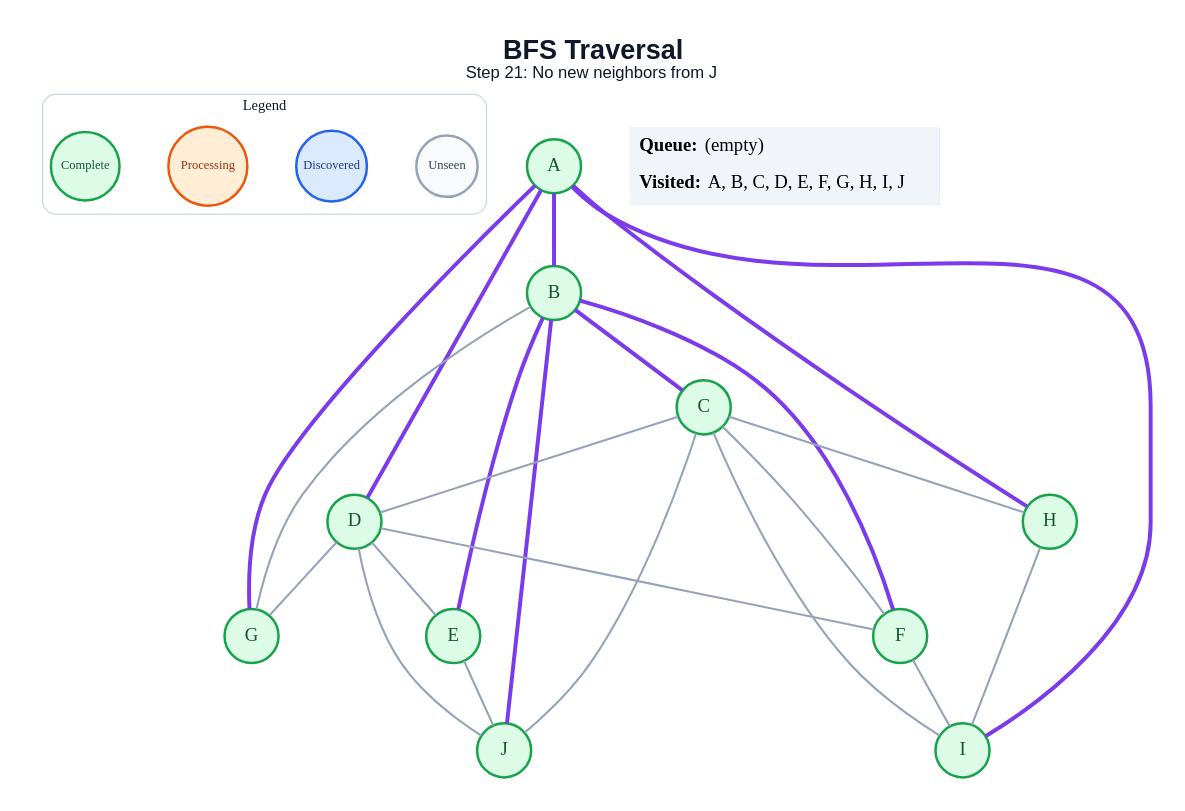
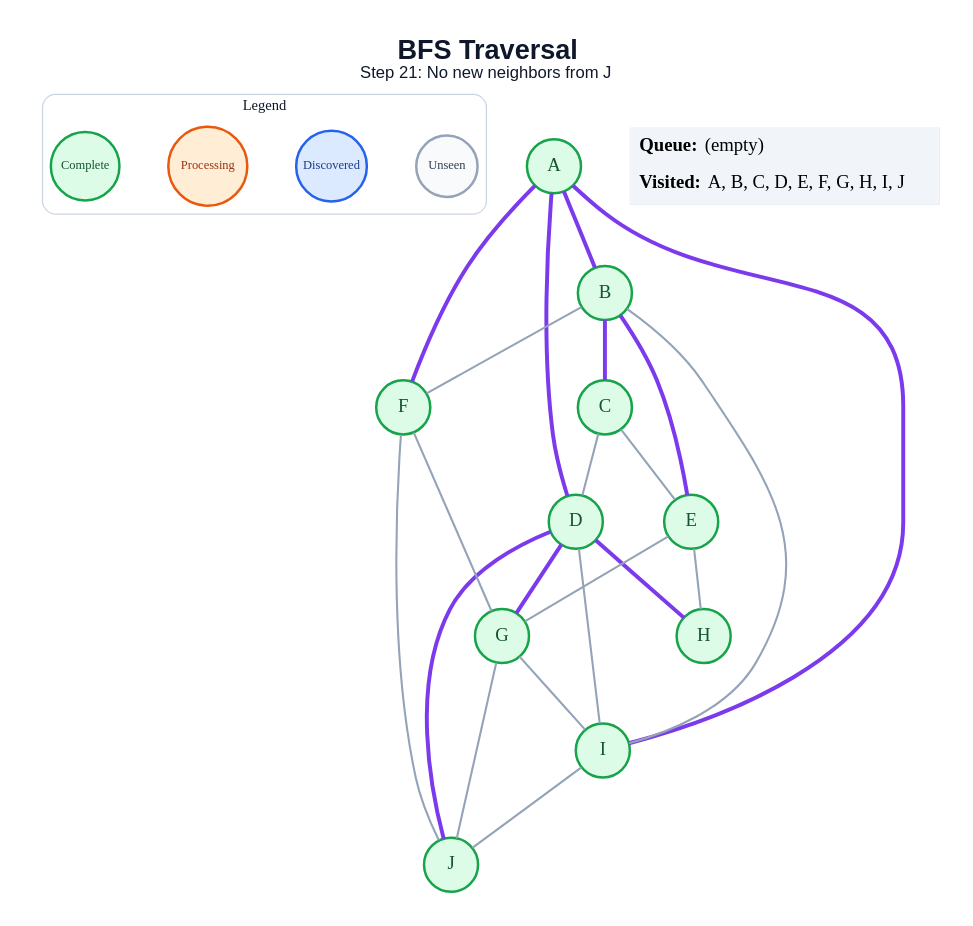
The diagram in generated/bfs/step_21.dot (amanghodawala9/ai-slop), drawn with Graphviz before and after one commit. The commit also changed 178 other files, not shown here.

```diff
--- a/generated/bfs/step_21.dot
+++ b/generated/bfs/step_21.dot
@@ -1,51 +1,50 @@
 graph traversal {
   graph [layout=dot, rankdir=TB, bgcolor="#FFFFFF", pad="0.35", nodesep="0.65", ranksep="0.8", fontname="Arial"];
   node [shape=circle, style="filled", fontname="Arial Bold", fontsize=18, width=0.72, fixedsize=true, penwidth=2.4];
   edge [color="#94A3B8", penwidth=2.0];
   label=<<B>BFS Traversal</B><BR/><FONT POINT-SIZE="16">Step 21: No new neighbors from J</FONT>>; labelloc="t"; fontsize=26; fontname="Arial"; fontcolor="#0F172A";
   subgraph cluster_legend { label="Legend"; color="#CBD5E1"; penwidth=1.2; style="rounded"; fontsize=14; fontname="Arial Bold";
     key_unseen [label="Unseen", fillcolor="#F8FAFC", color="#94A3B8", fontcolor="#334155", fontsize=12, width=0.82];
     key_frontier [label="Discovered", fillcolor="#DBEAFE", color="#2563EB", fontcolor="#1E3A8A", fontsize=12, width=0.95];
     key_current [label="Processing", fillcolor="#FFEDD5", color="#EA580C", fontcolor="#9A3412", fontsize=12, width=1.05];
     key_done [label="Complete", fillcolor="#DCFCE7", color="#16A34A", fontcolor="#14532D", fontsize=12, width=0.92];
     { rank=same; key_unseen; key_frontier; key_current; key_done; }
   }
   A [fillcolor="#DCFCE7", color="#16A34A", fontcolor="#14532D"];
   B [fillcolor="#DCFCE7", color="#16A34A", fontcolor="#14532D"];
   C [fillcolor="#DCFCE7", color="#16A34A", fontcolor="#14532D"];
   D [fillcolor="#DCFCE7", color="#16A34A", fontcolor="#14532D"];
   E [fillcolor="#DCFCE7", color="#16A34A", fontcolor="#14532D"];
   F [fillcolor="#DCFCE7", color="#16A34A", fontcolor="#14532D"];
   G [fillcolor="#DCFCE7", color="#16A34A", fontcolor="#14532D"];
   H [fillcolor="#DCFCE7", color="#16A34A", fontcolor="#14532D"];
   I [fillcolor="#DCFCE7", color="#16A34A", fontcolor="#14532D"];
   J [fillcolor="#DCFCE7", color="#16A34A", fontcolor="#14532D"];
   A -- B [color="#7C3AED", penwidth=3.8];
   A -- D [color="#7C3AED", penwidth=3.8];
-  A -- G [color="#7C3AED", penwidth=3.8];
-  A -- H [color="#7C3AED", penwidth=3.8];
+  A -- F [color="#7C3AED", penwidth=3.8];
   A -- I [color="#7C3AED", penwidth=3.8];
   B -- C [color="#7C3AED", penwidth=3.8];
   B -- E [color="#7C3AED", penwidth=3.8];
-  B -- F [color="#7C3AED", penwidth=3.8];
-  B -- G;
-  B -- J [color="#7C3AED", penwidth=3.8];
+  B -- F;
+  B -- I;
   C -- D;
-  C -- F;
-  C -- H;
-  C -- I;
-  C -- J;
-  D -- E;
-  D -- F;
-  D -- G;
-  D -- J;
-  E -- J;
-  F -- I;
-  H -- I;
+  C -- E;
+  D -- G [color="#7C3AED", penwidth=3.8];
+  D -- H [color="#7C3AED", penwidth=3.8];
+  D -- I;
+  D -- J [color="#7C3AED", penwidth=3.8];
+  E -- G;
+  E -- H;
+  F -- G;
+  F -- J;
+  G -- I;
+  G -- J;
+  I -- J;
   status [shape=plain, fixedsize=false, width=0, height=0, margin=0, label=<
     <TABLE BORDER="0" CELLBORDER="0" CELLPADDING="7" BGCOLOR="#F1F5F9">
       <TR><TD ALIGN="LEFT"><B>Queue:</B> (empty)</TD></TR>
       <TR><TD ALIGN="LEFT"><B>Visited:</B> A, B, C, D, E, F, G, H, I, J</TD></TR>
     </TABLE>
   >];
 }
```
